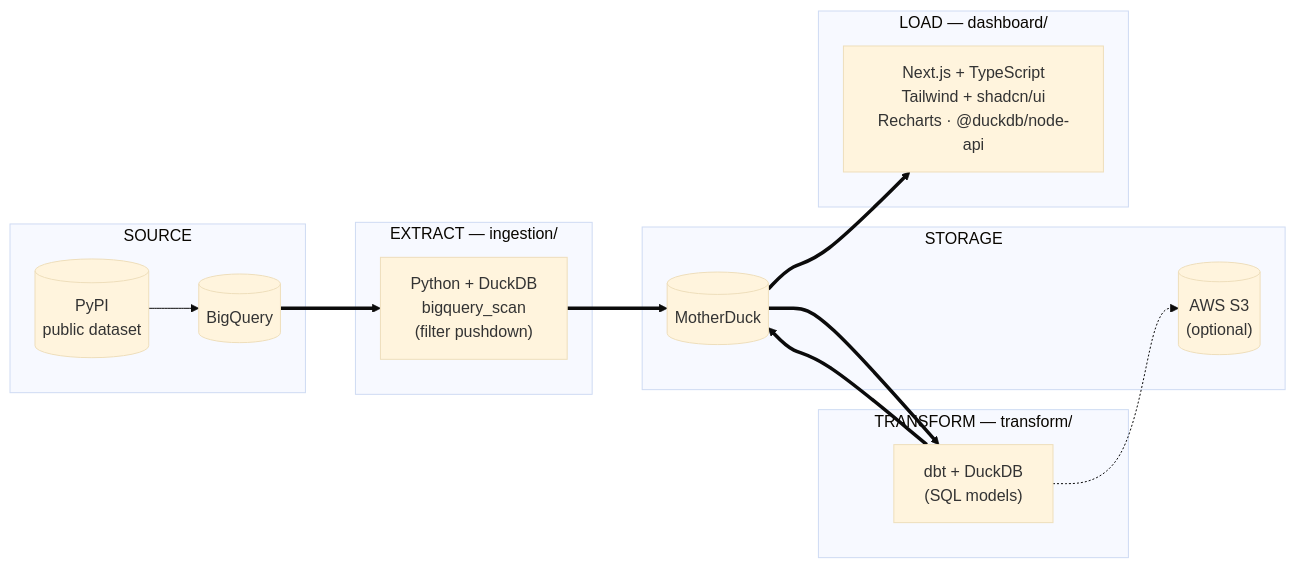
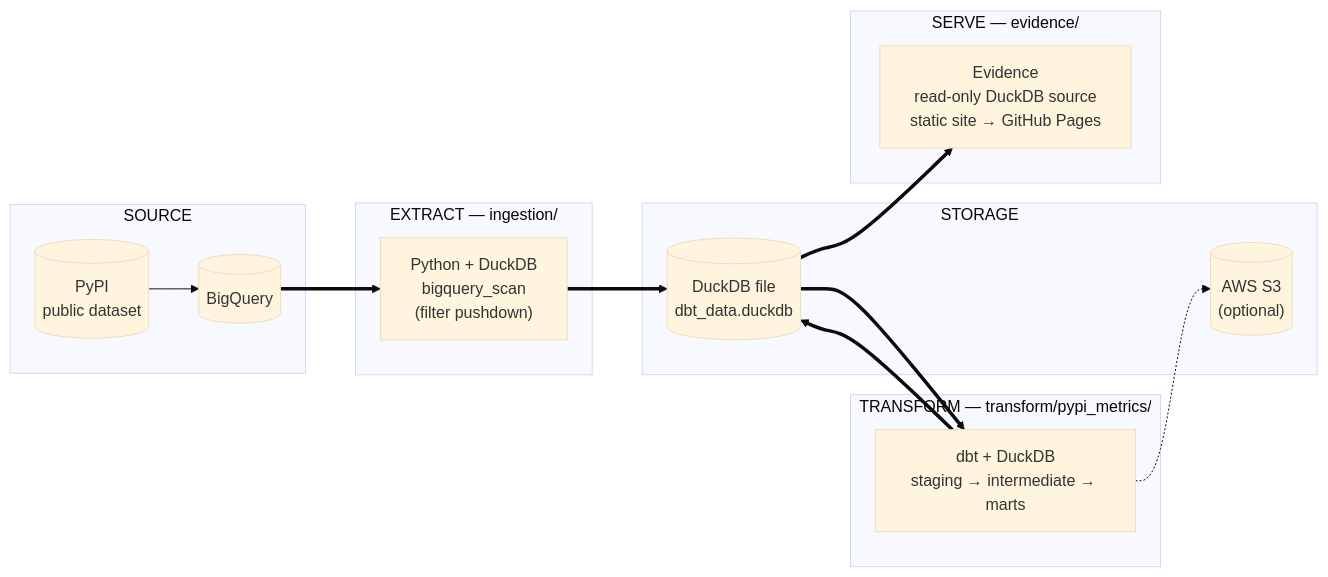
Before and after one commit to Anass-NB/pypi-package-stats: the diagram in README.md, drawn with Mermaid (base theme). The commit also changed other lines of this file, not shown here.

First line of the commit message:
docs: rewrite README around the local DuckDB + Evidence stack

````diff
--- a/README.md
+++ b/README.md
@@ -11,31 +9,31 @@
 ```mermaid
 flowchart LR
     subgraph SRC["SOURCE"]
         PYPI[("PyPI<br/>public dataset")]
         BQ[("BigQuery")]
         PYPI --> BQ
     end
 
     subgraph EXTRACT["EXTRACT — ingestion/"]
         ING["Python + DuckDB<br/>bigquery_scan<br/>(filter pushdown)"]
     end
 
-    subgraph TRANSFORM["TRANSFORM — transform/"]
-        DBT["dbt + DuckDB<br/>(SQL models)"]
+    subgraph TRANSFORM["TRANSFORM — transform/pypi_metrics/"]
+        DBT["dbt + DuckDB<br/>staging → intermediate → marts"]
     end
 
     subgraph STORE["STORAGE"]
-        MD[("MotherDuck")]
+        DUCK[("DuckDB file<br/>dbt_data.duckdb")]
         S3[("AWS S3<br/>(optional)")]
     end
 
-    subgraph LOAD["LOAD — dashboard/"]
-        NEXT["Next.js + TypeScript<br/>Tailwind + shadcn/ui<br/>Recharts · @duckdb/node-api"]
+    subgraph SERVE["SERVE — evidence/"]
+        EV["Evidence<br/>read-only DuckDB source<br/>static site → GitHub Pages"]
     end
 
-    BQ ==> ING ==> MD
-    MD ==> DBT
-    DBT ==> MD
+    BQ ==> ING ==> DUCK
+    DUCK ==> DBT
+    DBT ==> DUCK
     DBT -.-> S3
-    MD ==> NEXT
+    DUCK ==> EV
 ```
````
